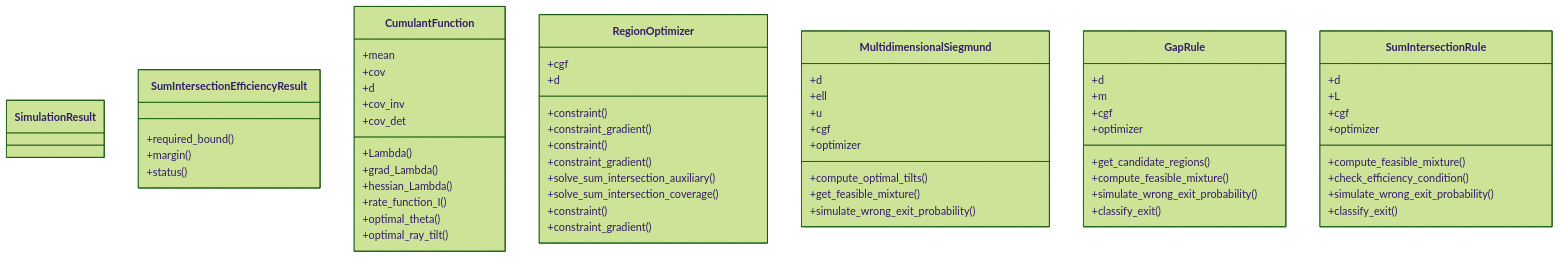
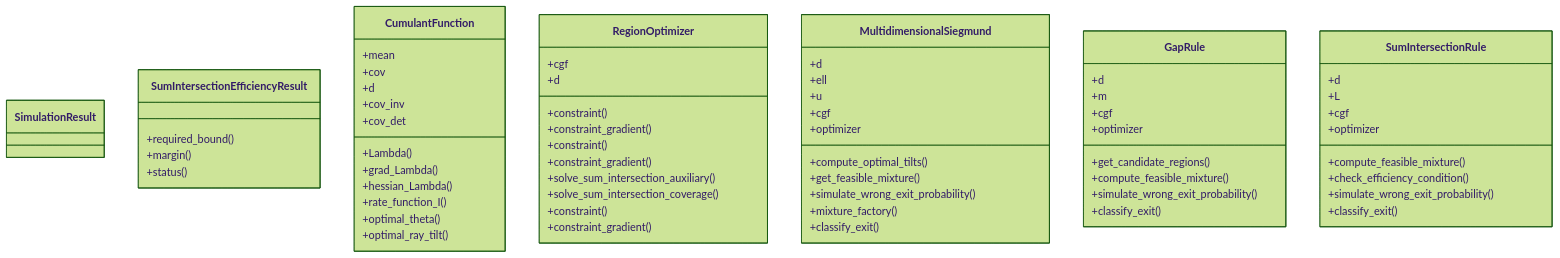
Before and after one commit to DiogoRibeiro7/efficient-importance-sampling: the diagram in docs/architecture/class-diagram.mmd, drawn with Mermaid (forest theme). The commit also changed 3 other files, not shown here.

Commit message:
docs: Update architecture diagrams [skip ci]

```diff
--- a/docs/architecture/class-diagram.mmd
+++ b/docs/architecture/class-diagram.mmd
@@ -1,69 +1,71 @@
 classDiagram
   class SimulationResult {
   }
 
   class SumIntersectionEfficiencyResult {
     +required_bound()
     +margin()
     +status()
   }
 
   class CumulantFunction {
     +mean
     +cov
     +d
     +cov_inv
     +cov_det
     +Lambda()
     +grad_Lambda()
     +hessian_Lambda()
     +rate_function_I()
     +optimal_theta()
     +optimal_ray_tilt()
   }
 
   class RegionOptimizer {
     +cgf
     +d
     +constraint()
     +constraint_gradient()
     +constraint()
     +constraint_gradient()
     +solve_sum_intersection_auxiliary()
     +solve_sum_intersection_coverage()
     +constraint()
     +constraint_gradient()
   }
 
   class MultidimensionalSiegmund {
     +d
     +ell
     +u
     +cgf
     +optimizer
     +compute_optimal_tilts()
     +get_feasible_mixture()
     +simulate_wrong_exit_probability()
+    +mixture_factory()
+    +classify_exit()
   }
 
   class GapRule {
     +d
     +m
     +cgf
     +optimizer
     +get_candidate_regions()
     +compute_feasible_mixture()
     +simulate_wrong_exit_probability()
     +classify_exit()
   }
 
   class SumIntersectionRule {
     +d
     +L
     +cgf
     +optimizer
     +compute_feasible_mixture()
     +check_efficiency_condition()
     +simulate_wrong_exit_probability()
     +classify_exit()
   }
```
